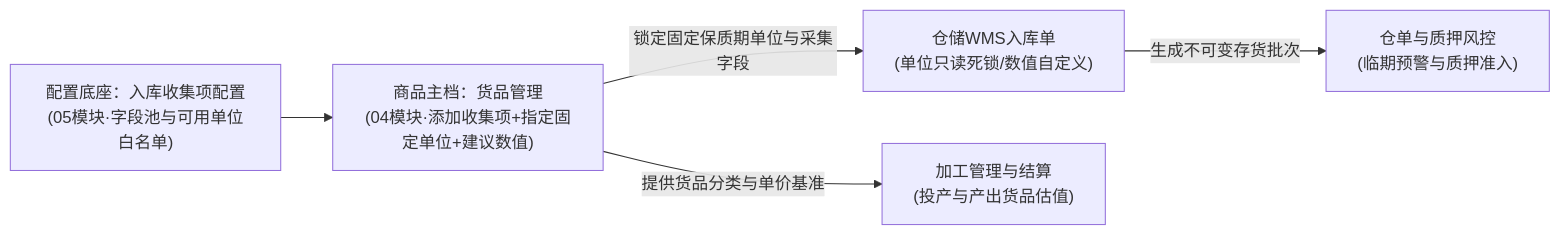
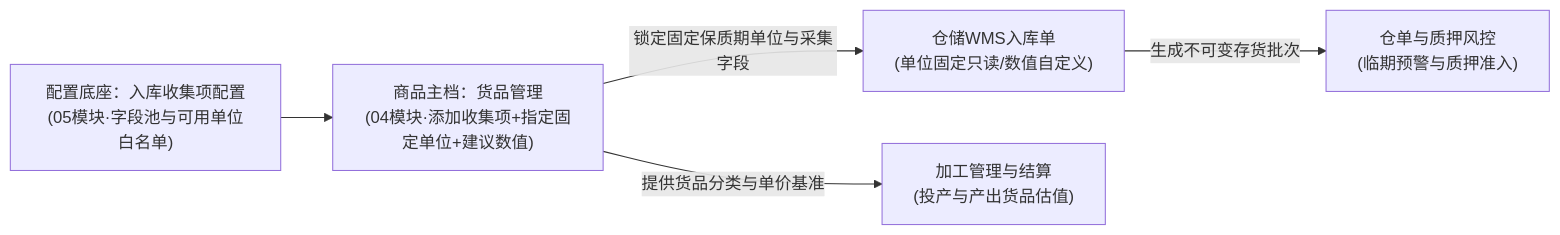
Before and after one commit to RobertHuang999/SYZC: the diagram in 02-PRD文档/B-迭代需求/6.3版本（2026.09）/06-货品规格管理-货品管理/货品管理主PRD.md, drawn with Mermaid. The commit also changed other lines of this file and 47 other files, not shown here.

````diff
--- a/02-PRD文档/B-迭代需求/6.3版本（2026.09）/06-货品规格管理-货品管理/货品管理主PRD.md
+++ b/02-PRD文档/B-迭代需求/6.3版本（2026.09）/06-货品规格管理-货品管理/货品管理主PRD.md
@@ -30,7 +30,7 @@
 ```mermaid
 flowchart LR
     A["配置底座：入库收集项配置<br/>(05模块·字段池与可用单位白名单)"] --> B["商品主档：货品管理<br/>(04模块·添加收集项+指定固定单位+建议数值)"]
-    B -->|锁定固定保质期单位与采集字段| C["仓储WMS入库单<br/>(单位只读死锁/数值自定义)"]
+    B -->|锁定固定保质期单位与采集字段| C["仓储WMS入库单<br/>(单位固定只读/数值自定义)"]
     C -->|生成不可变存货批次| D["仓单与质押风控<br/>(临期预警与质押准入)"]
     B -->|提供货品分类与单价基准| E["加工管理与结算<br/>(投产与产出货品估值)"]
 ```
````
